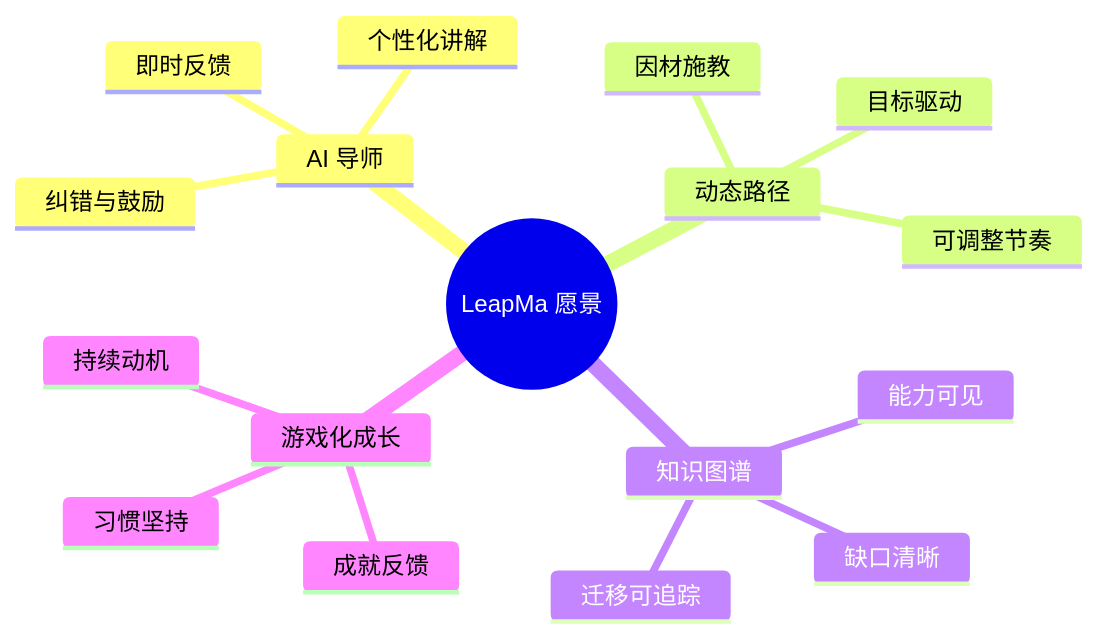
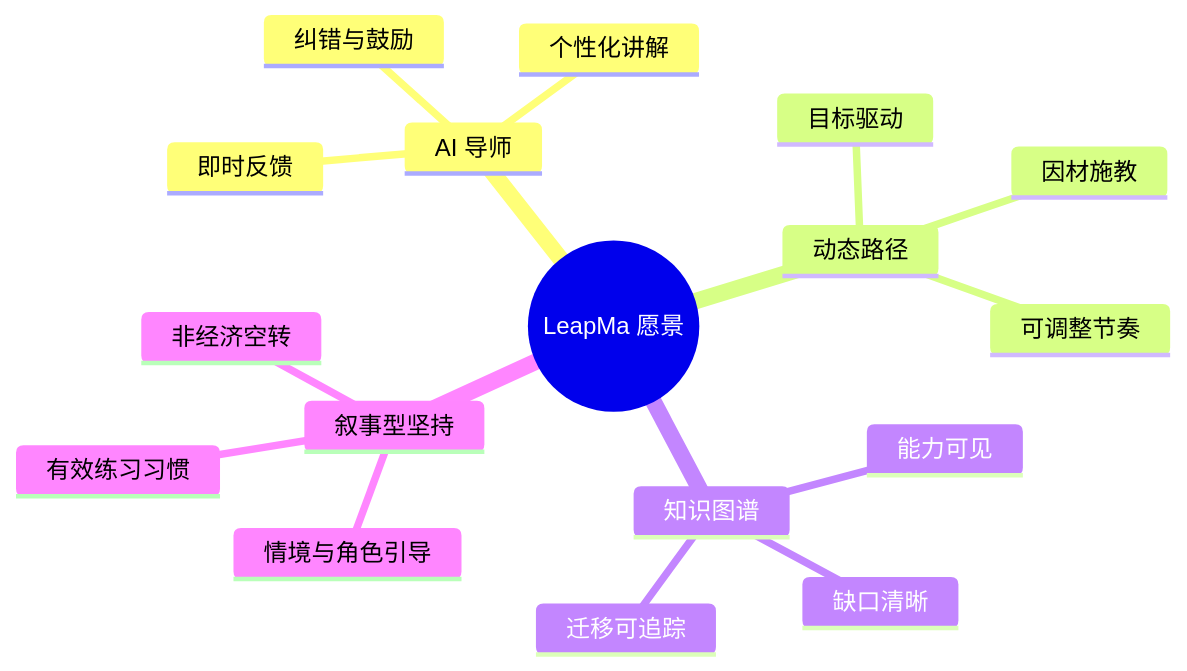
Before and after one commit to LeapMaCoder/ai-engineer-os: the first of 6 diagrams in docs/01_Vision/LeapMa_Vision.md, drawn with Mermaid. The commit also changed other lines of this file and 19 other files, not shown here.

````diff
--- a/docs/01_Vision/LeapMa_Vision.md
+++ b/docs/01_Vision/LeapMa_Vision.md
@@ -38,20 +38,20 @@
 ```mermaid
 mindmap
   root((LeapMa 愿景))
     AI 导师
       即时反馈
       个性化讲解
       纠错与鼓励
     动态路径
       因材施教
       目标驱动
       可调整节奏
     知识图谱
       能力可见
       缺口清晰
       迁移可追踪
-    游戏化成长
-      习惯坚持
-      成就反馈
-      持续动机
+    叙事型坚持
+      情境与角色引导
+      有效练习习惯
+      非经济空转
 ```
````
